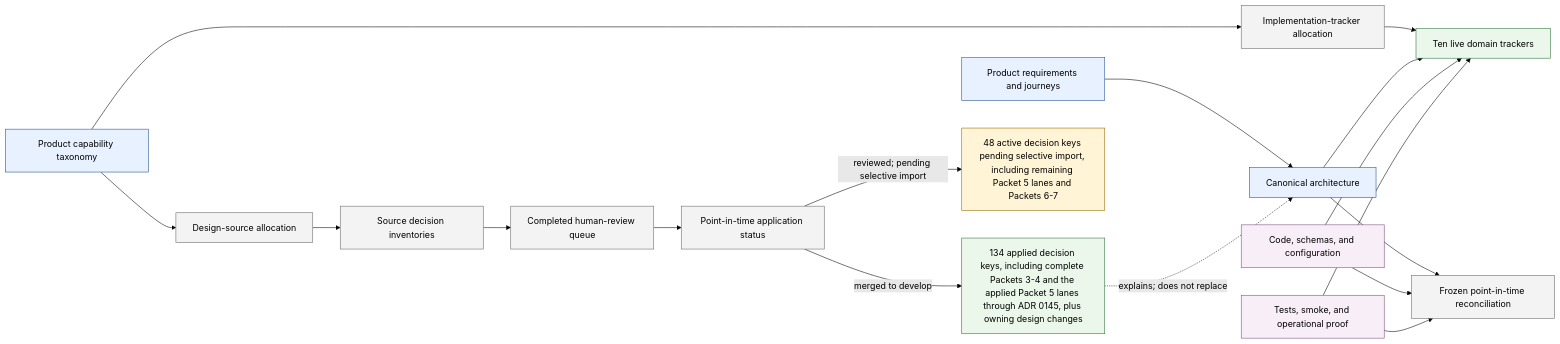
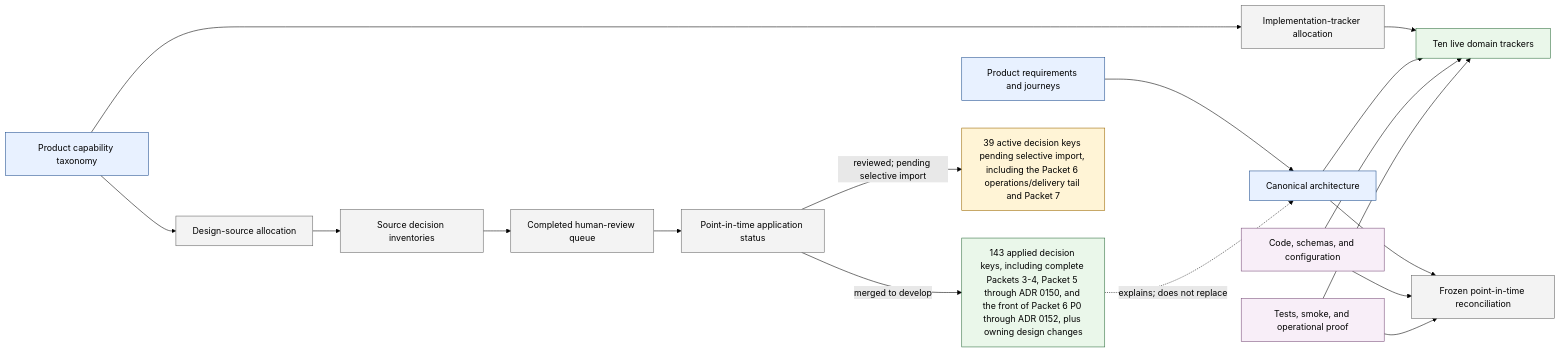
The diagram in design/project-management/design-alignment/README.md (benhook1013/FireMUD), drawn with Mermaid (forest theme) before and after one commit. The commit also changed other lines of this file and 70 other files, not shown here.

Commit message:
docs: import Packet 5 tail and preflight foundations

````diff
--- a/design/project-management/design-alignment/README.md
+++ b/design/project-management/design-alignment/README.md
@@ -27,27 +27,27 @@
 ```mermaid
 flowchart LR
     PRODUCT[Product requirements and journeys]:::canonical --> ARCH[Canonical architecture]:::canonical
     TAXONOMY[Product capability taxonomy]:::canonical --> DESIGN_ALLOC[Design-source allocation]:::alignment
     DESIGN_ALLOC --> SOURCE_INV[Source decision inventories]:::alignment
     SOURCE_INV --> HUMAN_QUEUE[Completed human-review queue]:::alignment
     HUMAN_QUEUE --> APPLY[Point-in-time application status]:::alignment
-    APPLY -->|merged to develop| APPLIED_DECISIONS[134 applied decision keys, including complete Packets 3-4 and the applied Packet 5 lanes through ADR 0145, plus owning design changes]:::status
+    APPLY -->|merged to develop| APPLIED_DECISIONS[143 applied decision keys, including complete Packets 3-4, Packet 5 through ADR 0150, and the front of Packet 6 P0 through ADR 0152, plus owning design changes]:::status
     APPLIED_DECISIONS -. explains; does not replace .-> ARCH
-    APPLY -->|reviewed; pending selective import| PENDING[48 active decision keys pending selective import, including remaining Packet 5 lanes and Packets 6-7]:::pending
+    APPLY -->|reviewed; pending selective import| PENDING[39 active decision keys pending selective import, including the Packet 6 operations/delivery tail and Packet 7]:::pending
 
     TAXONOMY --> TRACKER_ALLOC[Implementation-tracker allocation]:::alignment
     TRACKER_ALLOC --> TRACKERS[Ten live domain trackers]:::status
     ARCH --> TRACKERS
     CODE[Code, schemas, and configuration]:::evidence --> TRACKERS
     PROOF[Tests, smoke, and operational proof]:::evidence --> TRACKERS
 
     ARCH --> RECON[Frozen point-in-time reconciliation]:::alignment
     CODE --> RECON
     PROOF --> RECON
 
     classDef canonical fill:#e8f1ff,stroke:#1f4f8f
     classDef alignment fill:#f3f3f3,stroke:#666
     classDef pending fill:#fff4d6,stroke:#9a6700
     classDef status fill:#eaf7ea,stroke:#2f6f3e
     classDef evidence fill:#f8eef8,stroke:#7a4e7a
 ```
````
